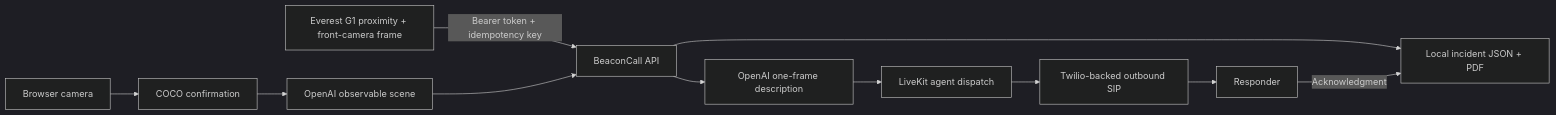
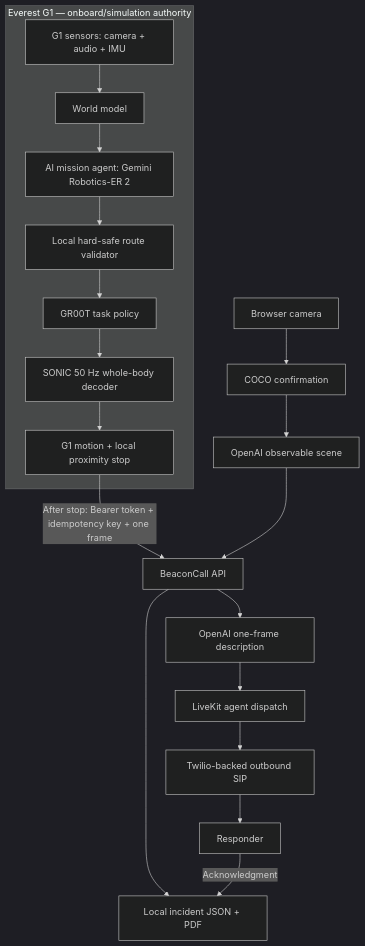
The diagram in README.md (KaushikSiva/beacon-call), drawn with Mermaid (dark theme) before and after one commit. The commit also changed other lines of this file and 1 other file, not shown here.

Commit message:
Document Everest mission and voice architecture

````diff
--- a/README.md
+++ b/README.md
@@ -31,13 +31,21 @@
 ```mermaid
-flowchart LR
-    G[Everest G1 proximity + front-camera frame] -->|Bearer token + idempotency key| A[BeaconCall API]
-    C[Browser camera] --> V[COCO confirmation]
-    V --> O[OpenAI observable scene]
-    O --> A
-    A --> E[OpenAI one-frame description]
-    A --> S[Local incident JSON + PDF]
-    E --> D[LiveKit agent dispatch]
-    D --> P[Twilio-backed outbound SIP]
-    P --> R[Responder]
-    R -->|Acknowledgment| S
+flowchart TB
+    subgraph EVEREST[Everest G1 — onboard/simulation authority]
+      ES[G1 sensors: camera + audio + IMU] --> WM[World model]
+      WM --> GM[AI mission agent: Gemini Robotics-ER 2]
+      GM --> RV[Local hard-safe route validator]
+      RV --> GR[GR00T task policy]
+      GR --> SO[SONIC 50 Hz whole-body decoder]
+      SO --> STOP[G1 motion + local proximity stop]
+    end
+    STOP -->|After stop: Bearer token + idempotency key + one frame| BC[BeaconCall API]
+    CAM[Browser camera] --> COCO[COCO confirmation]
+    COCO --> OBS[OpenAI observable scene]
+    OBS --> BC
+    BC --> DESC[OpenAI one-frame description]
+    BC --> STORE[Local incident JSON + PDF]
+    DESC --> LK[LiveKit agent dispatch]
+    LK --> SIP[Twilio-backed outbound SIP]
+    SIP --> RESP[Responder]
+    RESP -->|Acknowledgment| STORE
 ```
````
